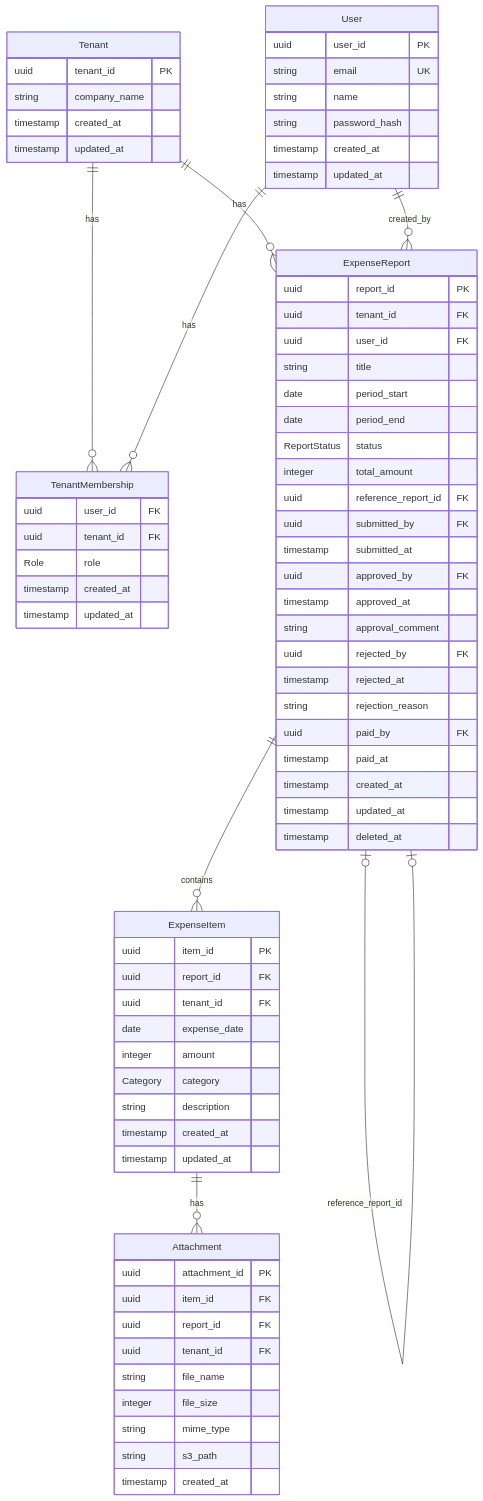
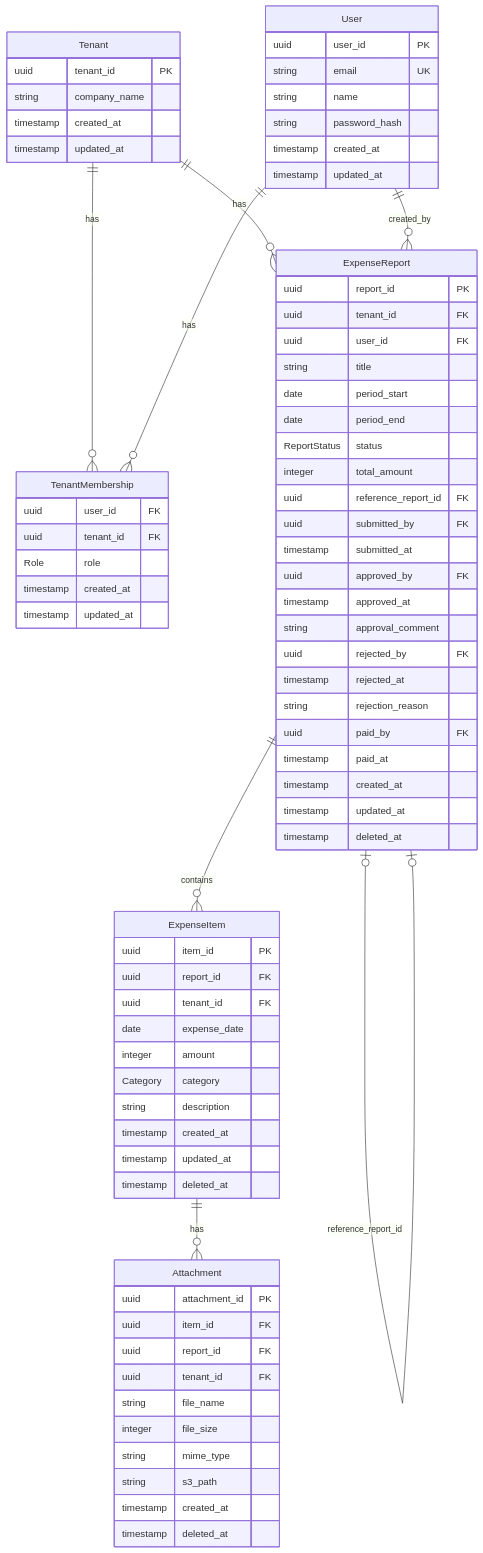
One commit to atsuro128/dev-journal changed the diagram in deliverables/docs/20_domain/domain_model.md. Above: the diagram before and after it, drawn with Mermaid. The commit also changed other lines of this file and 7 other files, not shown here.

````diff
--- a/deliverables/docs/20_domain/domain_model.md
+++ b/deliverables/docs/20_domain/domain_model.md
@@ -88,6 +88,7 @@
         string description
         timestamp created_at
         timestamp updated_at
+        timestamp deleted_at
     }
 
     Attachment {
@@ -100,5 +101,6 @@
         string mime_type
         string s3_path
         timestamp created_at
+        timestamp deleted_at
     }
 ```
````
